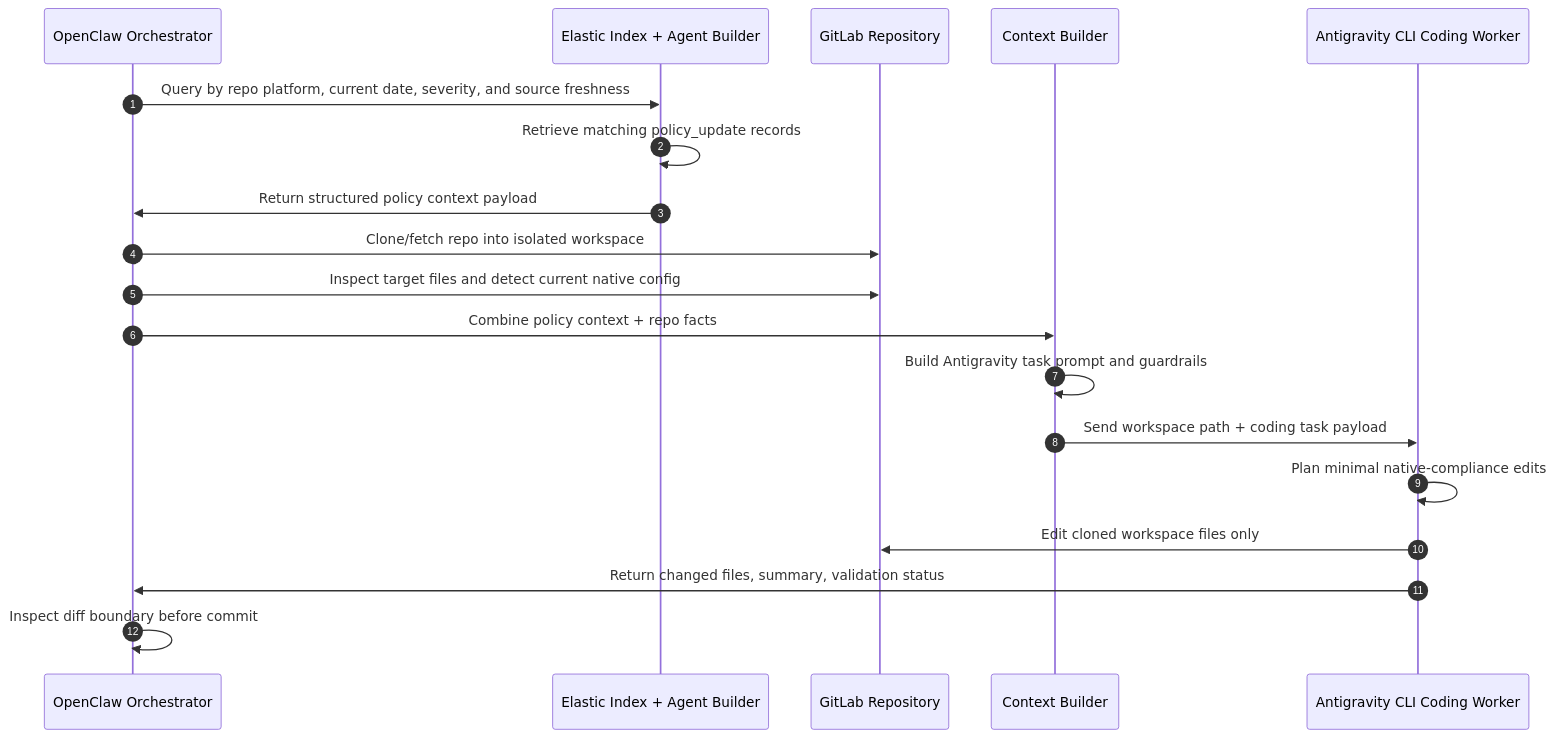
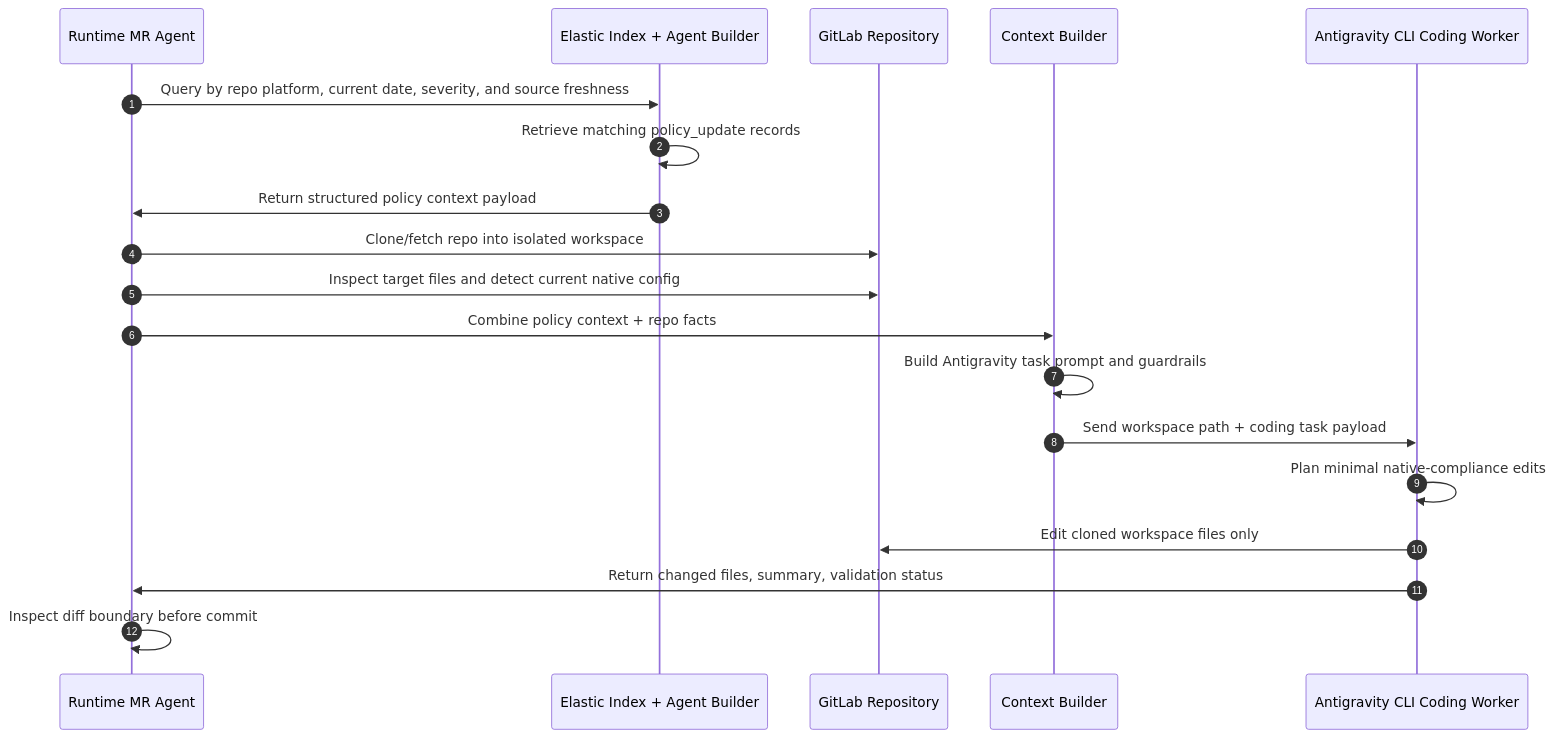
One commit to nunutech40/patchpilot-agent changed the diagram in diagrams/sequence-elastic-context-to-coding-agent.md. Above: the diagram before and after it, drawn with Mermaid. The commit also changed 12 other files, not shown here.

Commit message:
docs: define two-agent openclaw architecture

````diff
--- a/diagrams/sequence-elastic-context-to-coding-agent.md
+++ b/diagrams/sequence-elastic-context-to-coding-agent.md
@@ -7,22 +7,22 @@
 ```mermaid
 sequenceDiagram
     autonumber
-    participant OpenClaw as OpenClaw Orchestrator
+    participant OpenClaw as Runtime MR Agent
     participant Elastic as Elastic Index + Agent Builder
     participant GitLab as GitLab Repository
     participant Context as Context Builder
     participant Antigravity as Antigravity CLI Coding Worker
 
     OpenClaw->>Elastic: Query by repo platform, current date, severity, and source freshness
     Elastic->>Elastic: Retrieve matching policy_update records
     Elastic->>OpenClaw: Return structured policy context payload
     OpenClaw->>GitLab: Clone/fetch repo into isolated workspace
     OpenClaw->>GitLab: Inspect target files and detect current native config
     OpenClaw->>Context: Combine policy context + repo facts
     Context->>Context: Build Antigravity task prompt and guardrails
     Context->>Antigravity: Send workspace path + coding task payload
     Antigravity->>Antigravity: Plan minimal native-compliance edits
     Antigravity->>GitLab: Edit cloned workspace files only
     Antigravity->>OpenClaw: Return changed files, summary, validation status
     OpenClaw->>OpenClaw: Inspect diff boundary before commit
 ```
````
